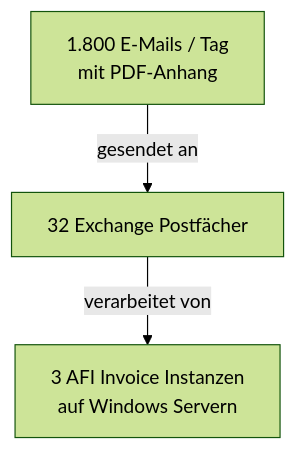
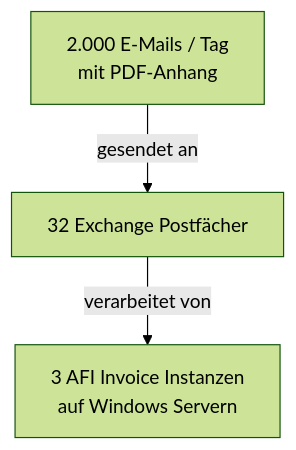
Before and after one commit to zanfee/slidev-theme-bechtle: the third of 3 diagrams in example.md, drawn with Mermaid. The commit also changed other lines of this file and 11 other files, not shown here.

````diff
--- a/example.md
+++ b/example.md
@@ -119,6 +166,6 @@
 ```mermaid
 %%{init: {'theme':'forest'}}%%
 flowchart TD
-    A[1.800 E-Mails / Tag\nmit PDF-Anhang] --> |gesendet an| B
+    A[2.000 E-Mails / Tag\nmit PDF-Anhang] --> |gesendet an| B
     B[32 Exchange Postfächer] --> |verarbeitet von| C[3 AFI Invoice Instanzen\nauf Windows Servern]
 ```
````
